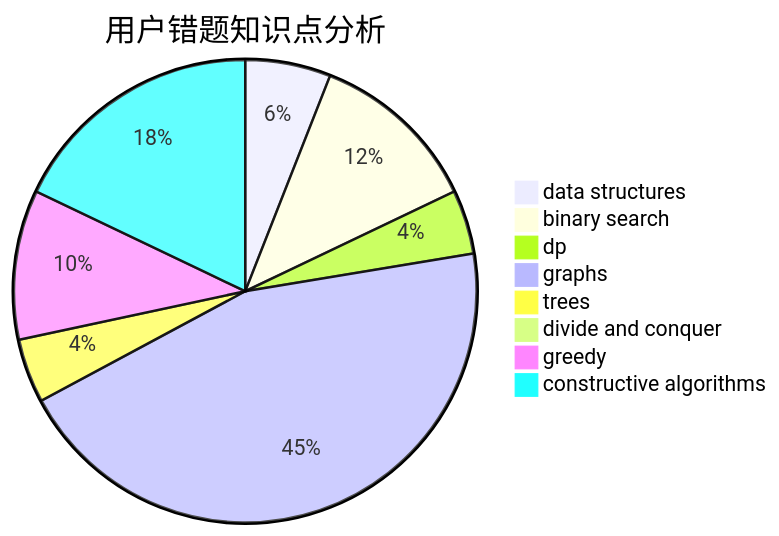
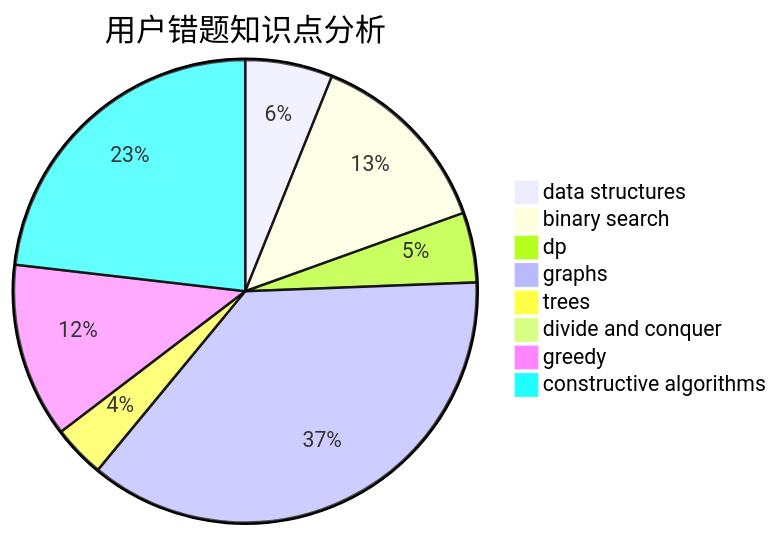
Before and after one commit to sherpahu/cfrs.github.io: the third of 3 diagrams in docs/user/u1014.md, drawn with Mermaid. The commit also changed other lines of this file and 2770 other files, not shown here.

````diff
--- a/docs/user/u1014.md
+++ b/docs/user/u1014.md
@@ -36,11 +36,11 @@
 ```mermaid
 pie title 用户错题知识点分析
-    "data structures" :  4
-    "binary search" :  8
-    "dp" :  3
+    "data structures" :  5
+    "binary search" :  11
+    "dp" :  4
     "graphs" :  30
     "trees" :  3
     "divide and conquer" :  0
-    "greedy" :  7
-    "constructive algorithms" :  12
+    "greedy" :  10
+    "constructive algorithms" :  19
 ```
````
